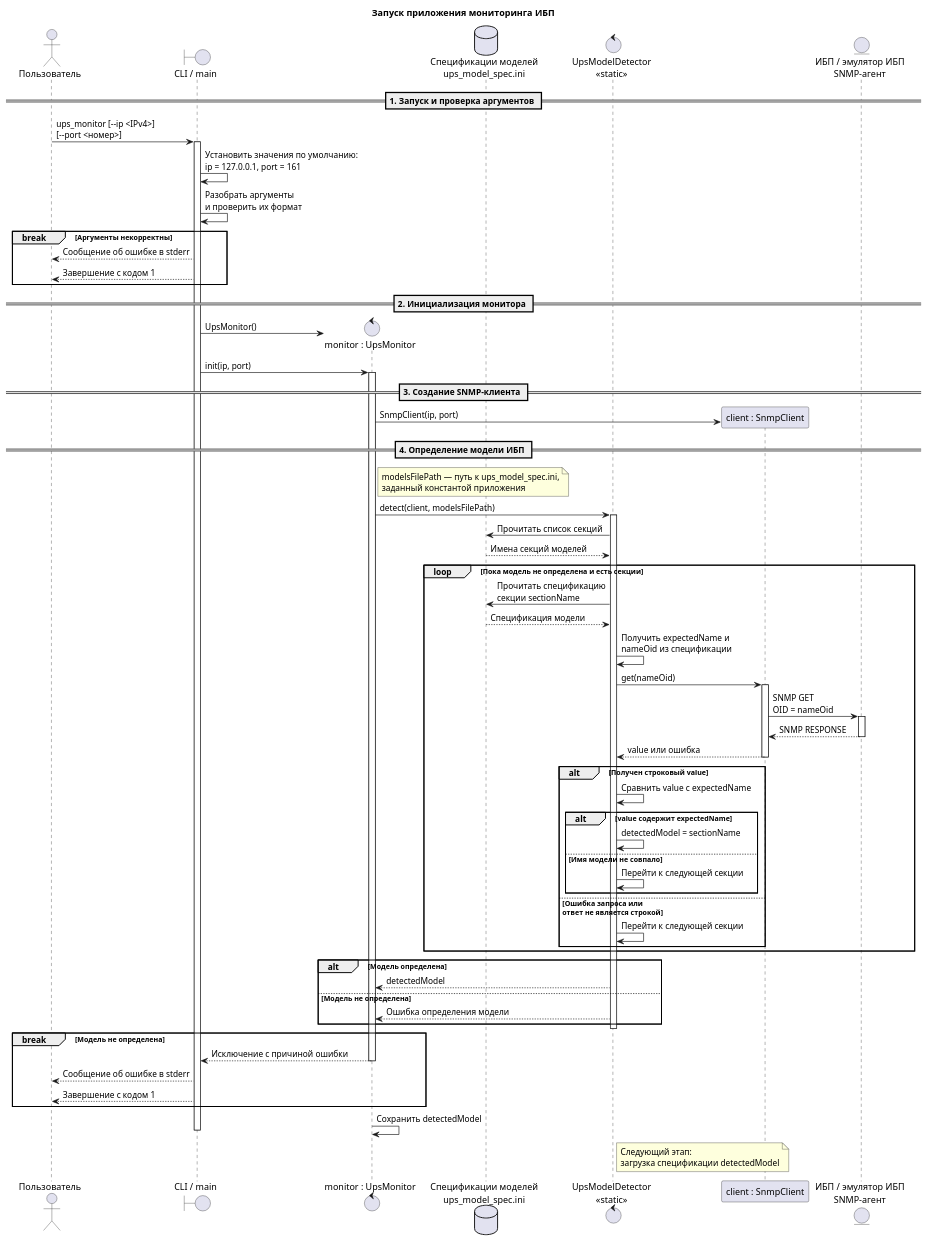
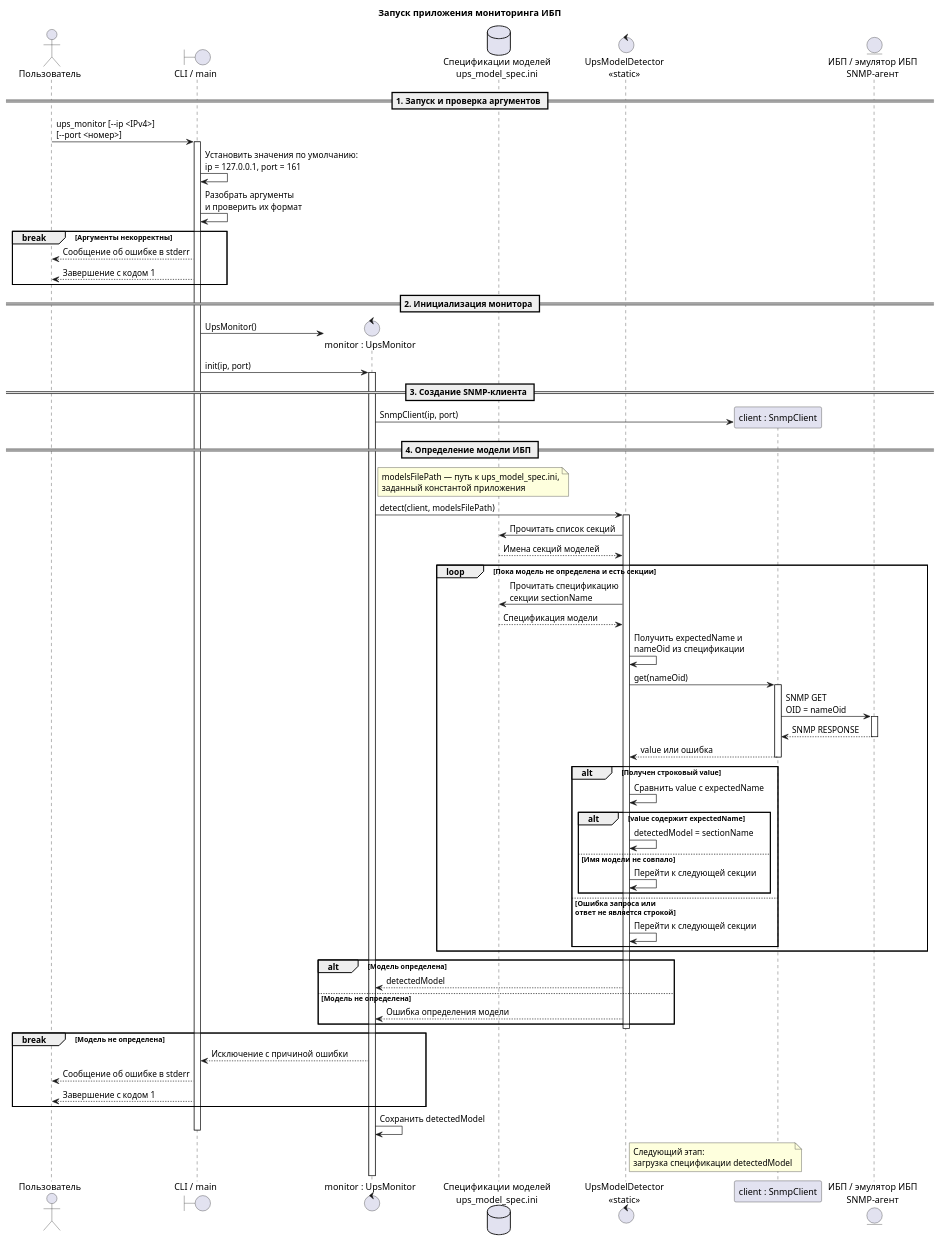
Before and after one commit to dvbgmdev-otus/ups_monitor: the diagram in docs/technical_specification/sequence_diagram.puml, drawn with PlantUML.

Commit message:
docs(ups): исправлена активность монитора

```diff
--- a/docs/technical_specification/sequence_diagram.puml
+++ b/docs/technical_specification/sequence_diagram.puml
@@ -1,96 +1,95 @@
 @startuml ups_monitor_sequence
 title Запуск приложения мониторинга ИБП
 
 actor "Пользователь" as User
 boundary "CLI / main" as CLI
 
 == 1. Запуск и проверка аргументов ==
 
 User -> CLI: ups_monitor [~--ip <IPv4>]\n[~--port <номер>]
 activate CLI
 
 CLI -> CLI: Установить значения по умолчанию:\nip = 127.0.0.1, port = 161
 CLI -> CLI: Разобрать аргументы\nи проверить их формат
 
 break Аргументы некорректны
     CLI --> User: Сообщение об ошибке в stderr
     CLI --> User: Завершение с кодом 1
 end
 
 == 2. Инициализация монитора ==
 
 create control "monitor : UpsMonitor" as Monitor
 CLI -> Monitor: UpsMonitor()
 CLI -> Monitor: init(ip, port)
 activate Monitor
 
 database "Спецификации моделей\nups_model_spec.ini" as ModelsDb
 control "UpsModelDetector\n<<static>>" as Detector
 
 == 3. Создание SNMP-клиента ==
 
 create participant "client : SnmpClient" as Snmp
 Monitor -> Snmp: SnmpClient(ip, port)
 entity "ИБП / эмулятор ИБП\nSNMP-агент" as Ups
 
 == 4. Определение модели ИБП ==
 
 note right of Monitor
     modelsFilePath — путь к ups_model_spec.ini,
     заданный константой приложения
 end note
 
 Monitor -> Detector: detect(client, modelsFilePath)
 activate Detector
 Detector -> ModelsDb: Прочитать список секций
 ModelsDb --> Detector: Имена секций моделей
 
 loop Пока модель не определена и есть секции
     Detector -> ModelsDb: Прочитать спецификацию\nсекции sectionName
     ModelsDb --> Detector: Спецификация модели
     Detector -> Detector: Получить expectedName и\nnameOid из спецификации
     Detector -> Snmp: get(nameOid)
     activate Snmp
     Snmp -> Ups: SNMP GET\nOID = nameOid
     activate Ups
     Ups --> Snmp: SNMP RESPONSE
     deactivate Ups
     Snmp --> Detector: value или ошибка
     deactivate Snmp
 
     alt Получен строковый value
         Detector -> Detector: Сравнить value с expectedName
 
         alt value содержит expectedName
             Detector -> Detector: detectedModel = sectionName
         else Имя модели не совпало
             Detector -> Detector: Перейти к следующей секции
         end
     else Ошибка запроса или\nответ не является строкой
         Detector -> Detector: Перейти к следующей секции
     end
 end
 
 alt Модель определена
     Detector --> Monitor: detectedModel
 else Модель не определена
     Detector --> Monitor: Ошибка определения модели
 end
 deactivate Detector
 
 break Модель не определена
     Monitor --> CLI: Исключение с причиной ошибки
-    deactivate Monitor
     CLI --> User: Сообщение об ошибке в stderr
     CLI --> User: Завершение с кодом 1
 end
 
 Monitor -> Monitor: Сохранить detectedModel
 
 note right of Detector
     Следующий этап:
     загрузка спецификации detectedModel
 end note
 
 deactivate CLI
 @enduml
```
